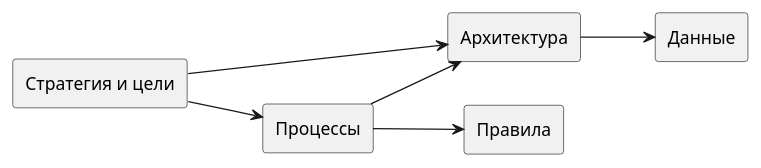
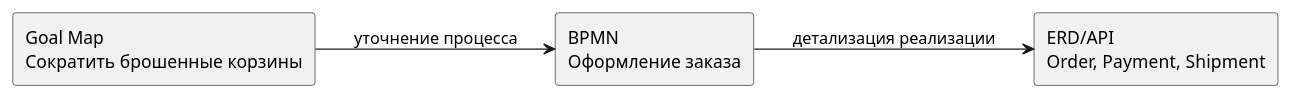
Before and after one commit to iwizy/analyst_kb: the diagram in docs/notations/index.md, drawn with PlantUML. The commit also changed other lines of this file and 20 other files, not shown here.

````diff
--- a/docs/notations/index.md
+++ b/docs/notations/index.md
@@ -51,16 +48,10 @@
 ```kroki-plantuml
 @startuml
 left to right direction
-rectangle "Стратегия и цели" as G
-rectangle "Процессы" as P
-rectangle "Архитектура" as A
-rectangle "Данные" as D
-rectangle "Правила" as R
-
-G --> P
-G --> A
-P --> A
-A --> D
-P --> R
+rectangle "Goal Map\nСократить брошенные корзины" as G
+rectangle "BPMN\nОформление заказа" as B
+rectangle "ERD/API\nOrder, Payment, Shipment" as D
+G --> B : уточнение процесса
+B --> D : детализация реализации
 @enduml
 ```
````
